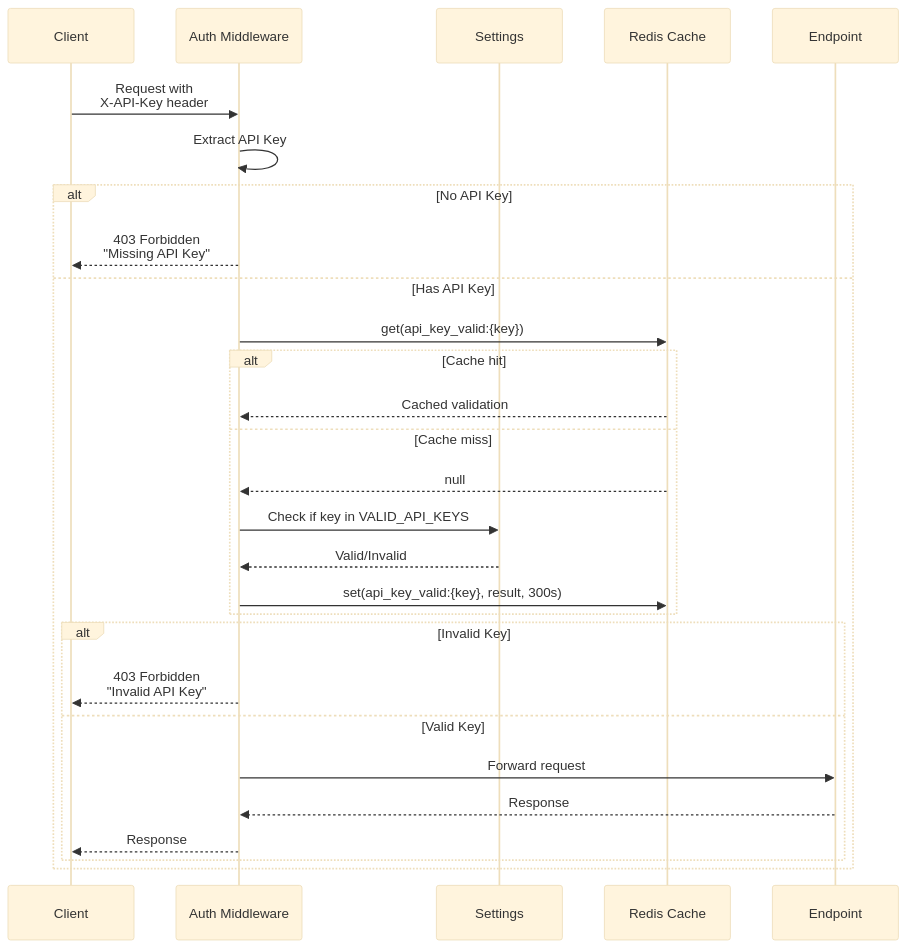
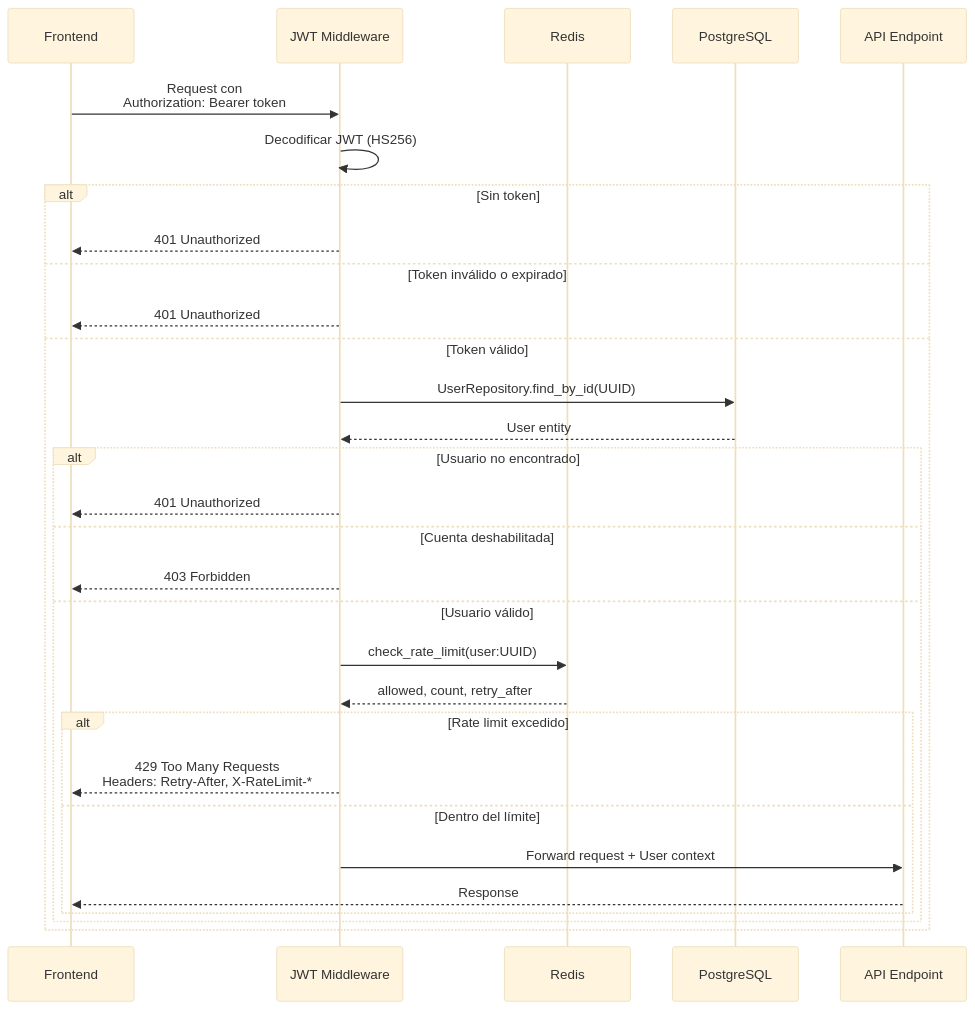
Diagram 15 of 16 in docs/project_design.md (abyssorcdev/duppla), drawn with Mermaid (base theme) before and after one commit. The commit also changed other lines of this file, not shown here.

````diff
--- a/docs/project_design.md
+++ b/docs/project_design.md
@@ -718,35 +735,37 @@
 ```mermaid
 sequenceDiagram
-    participant Client
-    participant Middleware as Auth Middleware
-    participant Config as Settings
-    participant Redis as Redis Cache
-    participant Endpoint
+    participant Client as Frontend
+    participant Middleware as JWT Middleware
+    participant Redis as Redis
+    participant DB as PostgreSQL
+    participant Endpoint as API Endpoint
 
-    Client->>Middleware: Request with<br/>X-API-Key header
+    Client->>Middleware: Request con<br/>Authorization: Bearer token
 
-    Middleware->>Middleware: Extract API Key
+    Middleware->>Middleware: Decodificar JWT (HS256)
 
-    alt No API Key
-        Middleware-->>Client: 403 Forbidden<br/>"Missing API Key"
-    else Has API Key
-        Middleware->>Redis: get(api_key_valid:{key})
+    alt Sin token
+        Middleware-->>Client: 401 Unauthorized
+    else Token inválido o expirado
+        Middleware-->>Client: 401 Unauthorized
+    else Token válido
+        Middleware->>DB: UserRepository.find_by_id(UUID)
+        DB-->>Middleware: User entity
 
-        alt Cache hit
-            Redis-->>Middleware: Cached validation
-        else Cache miss
-            Redis-->>Middleware: null
-            Middleware->>Config: Check if key in VALID_API_KEYS
-            Config-->>Middleware: Valid/Invalid
-            Middleware->>Redis: set(api_key_valid:{key}, result, 300s)
-        end
+        alt Usuario no encontrado
+            Middleware-->>Client: 401 Unauthorized
+        else Cuenta deshabilitada
+            Middleware-->>Client: 403 Forbidden
+        else Usuario válido
+            Middleware->>Redis: check_rate_limit(user:UUID)
+            Redis-->>Middleware: allowed, count, retry_after
 
-        alt Invalid Key
-            Middleware-->>Client: 403 Forbidden<br/>"Invalid API Key"
-        else Valid Key
-            Middleware->>Endpoint: Forward request
-            Endpoint-->>Middleware: Response
-            Middleware-->>Client: Response
+            alt Rate limit excedido
+                Middleware-->>Client: 429 Too Many Requests<br/>Headers: Retry-After, X-RateLimit-*
+            else Dentro del límite
+                Middleware->>Endpoint: Forward request + User context
+                Endpoint-->>Client: Response
+            end
         end
     end
 ```
````
